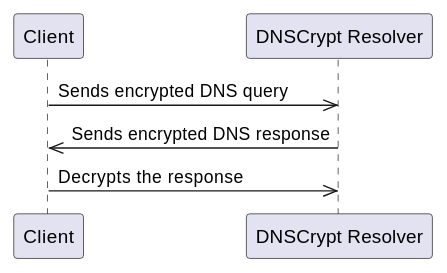
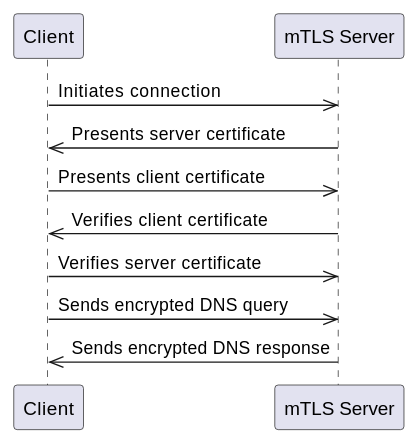
The third of 5 diagrams in content/projects/privydns.mdx (nicholasadamou/nicholasadamou.com), drawn with PlantUML before and after one commit. The commit also changed other lines of this file and 2 other files, not shown here.

First line of the commit message:
Update PrivyDNS documentation and upgrade dependencies

````diff
--- a/content/projects/privydns.mdx
+++ b/content/projects/privydns.mdx
@@ -119,12 +117,16 @@
 ```plantuml
 @startuml
 
 participant Client
-participant "DNSCrypt Resolver"
+participant "mTLS Server"
 
-Client ->> "DNSCrypt Resolver": Sends encrypted DNS query
-"DNSCrypt Resolver" ->> Client: Sends encrypted DNS response
-Client ->> "DNSCrypt Resolver": Decrypts the response
+Client ->> "mTLS Server": Initiates connection
+"mTLS Server" ->> Client: Presents server certificate
+Client ->> "mTLS Server": Presents client certificate
+"mTLS Server" ->> Client: Verifies client certificate
+Client ->> "mTLS Server": Verifies server certificate
+Client ->> "mTLS Server": Sends encrypted DNS query
+"mTLS Server" ->> Client: Sends encrypted DNS response
 
 @enduml
 ```
````
